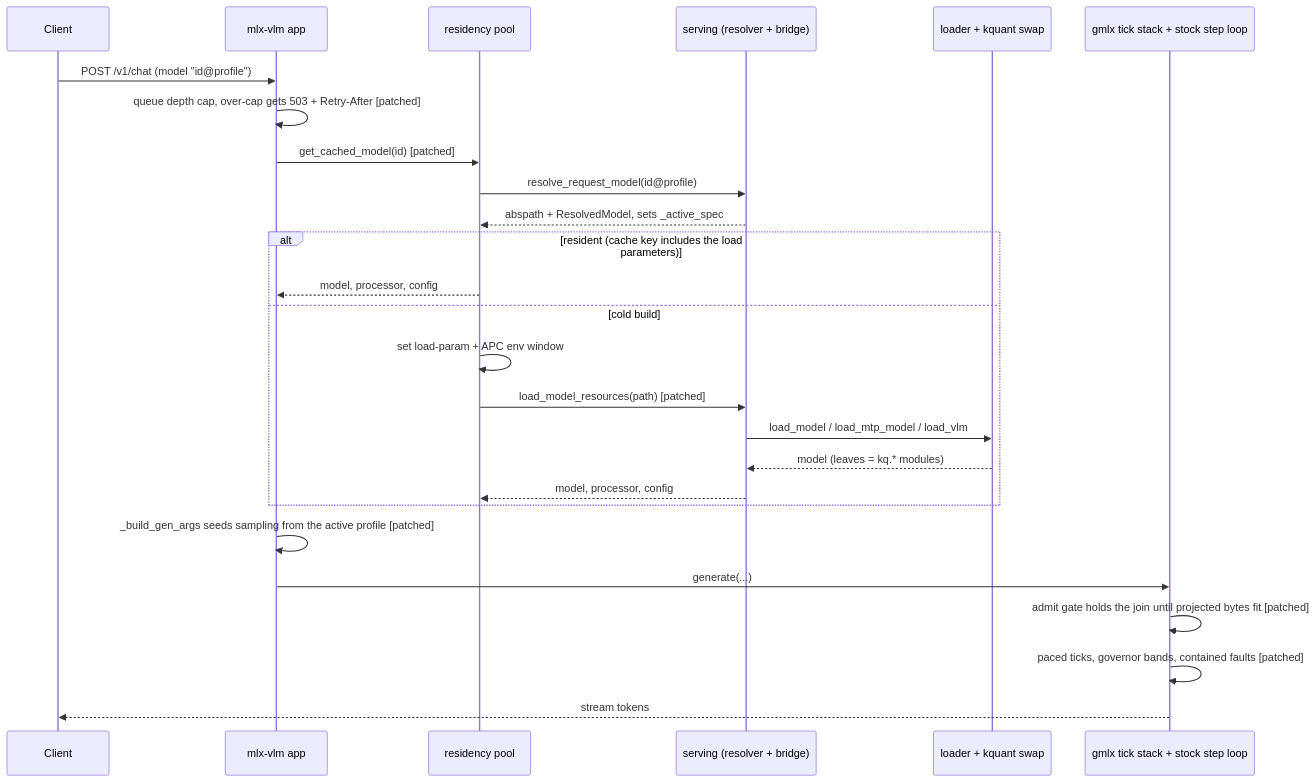
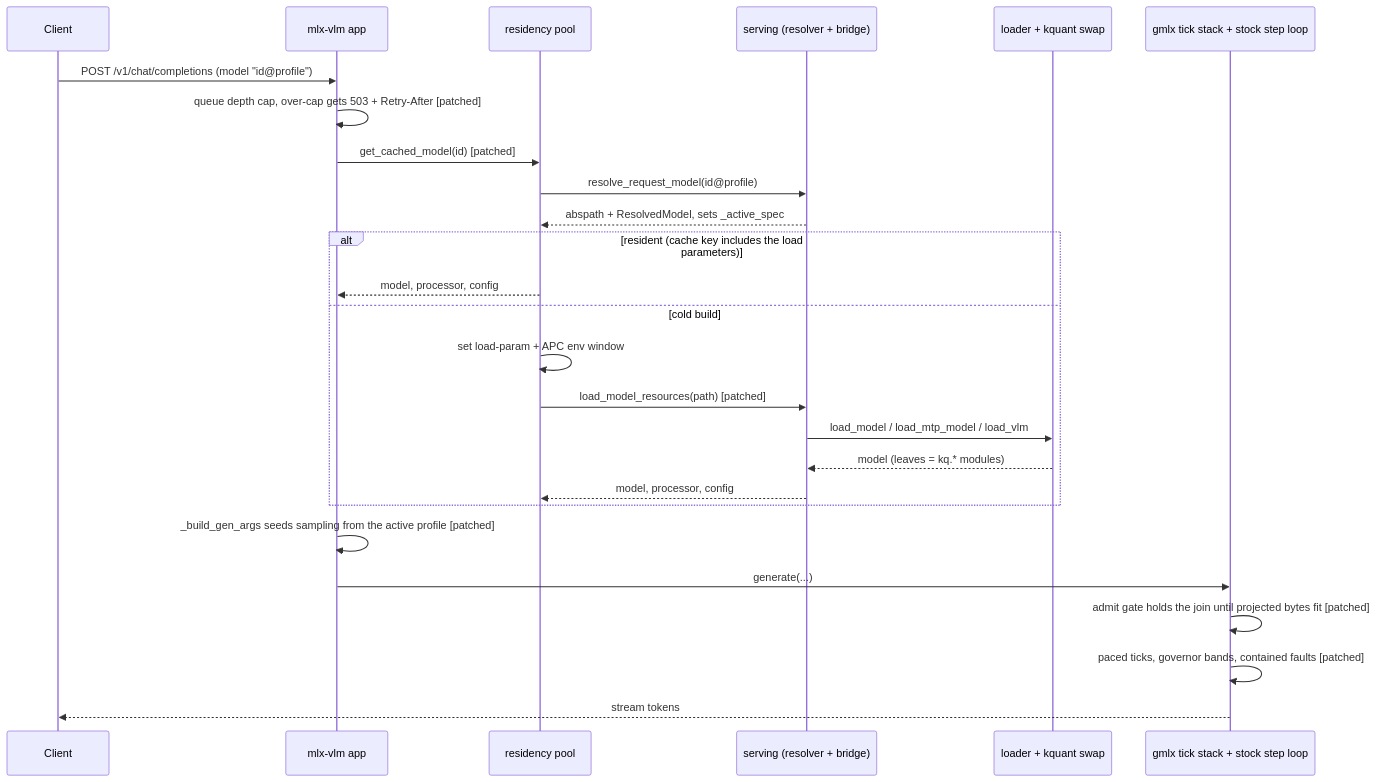
Before and after one commit to asher/gmlx: the second of 2 diagrams in docs/internals/serving-architecture.md, drawn with Mermaid. The commit also changed 7 other files, not shown here.

````diff
--- a/docs/internals/serving-architecture.md
+++ b/docs/internals/serving-architecture.md
@@ -197,28 +197,28 @@
 ```mermaid
 sequenceDiagram
   participant C as Client
   participant A as mlx-vlm app
   participant R as residency pool
   participant S as serving (resolver + bridge)
   participant L as loader + kquant swap
   participant E as gmlx tick stack + stock step loop
-  C->>A: POST /v1/chat (model "id@profile")
+  C->>A: POST /v1/chat/completions (model "id@profile")
   A->>A: queue depth cap, over-cap gets 503 + Retry-After   [patched]
   A->>R: get_cached_model(id)   [patched]
   R->>S: resolve_request_model(id@profile)
   S-->>R: abspath + ResolvedModel, sets _active_spec
   alt resident (cache key includes the load parameters)
     R-->>A: model, processor, config
   else cold build
     R->>R: set load-param + APC env window
     R->>S: load_model_resources(path)   [patched]
     S->>L: load_model / load_mtp_model / load_vlm
     L-->>S: model (leaves = kq.* modules)
     S-->>R: model, processor, config
   end
   A->>A: _build_gen_args seeds sampling from the active profile   [patched]
   A->>E: generate(...)
   E->>E: admit gate holds the join until projected bytes fit   [patched]
   E->>E: paced ticks, governor bands, contained faults   [patched]
   E-->>C: stream tokens
 ```
````
